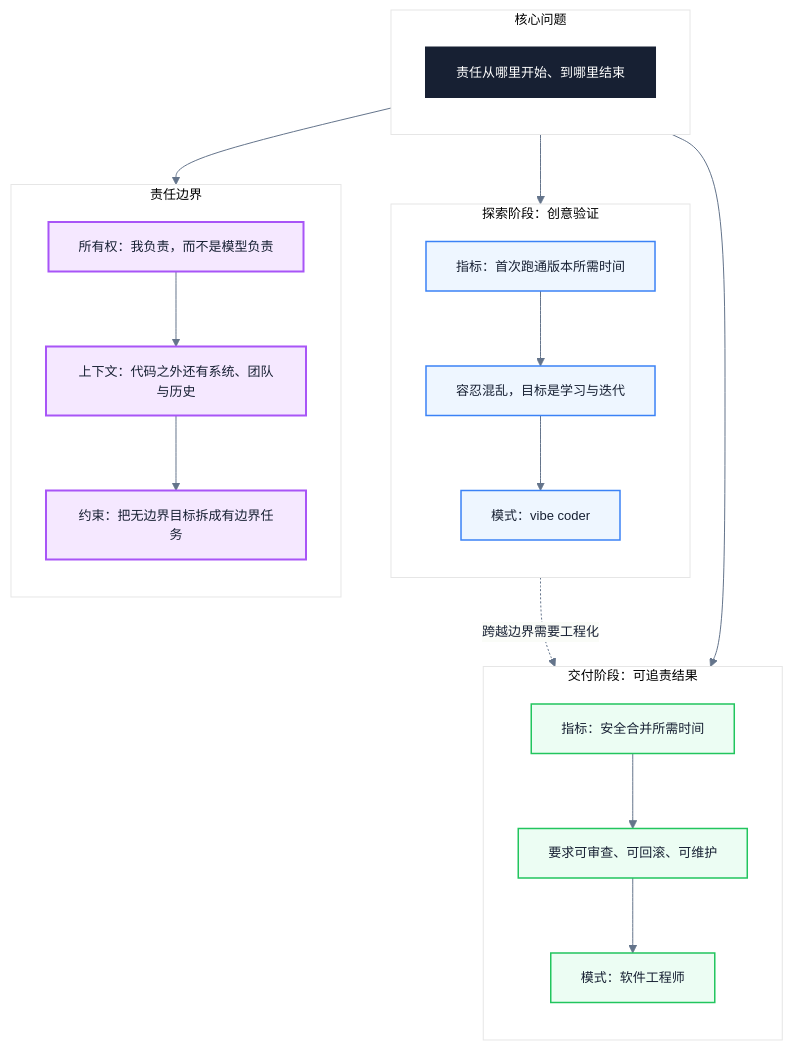
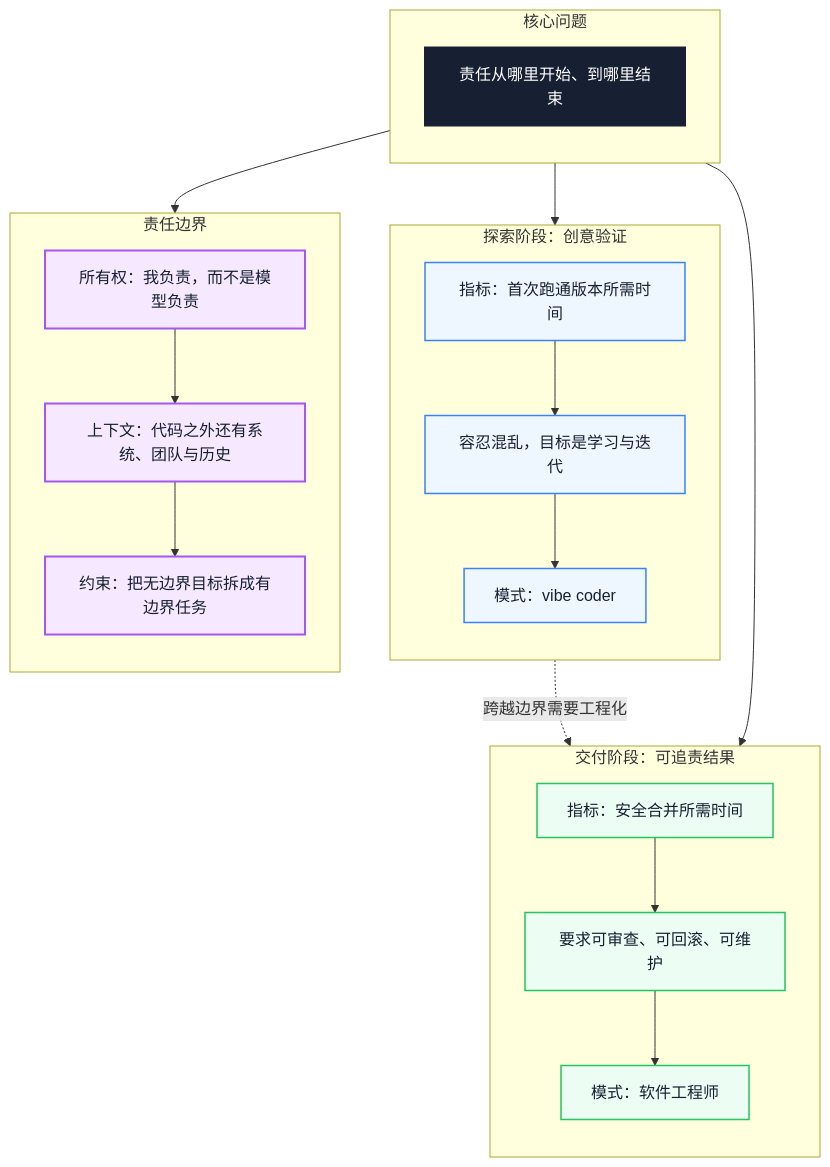
Before and after one commit to Fatejian/frontier-vault: the diagram in docs/career/vibe-coder-vs-software-engineer.md, drawn with Mermaid. The commit also changed other lines of this file and 41 other files, not shown here.

````diff
--- a/docs/career/vibe-coder-vs-software-engineer.md
+++ b/docs/career/vibe-coder-vs-software-engineer.md
@@ -180,48 +140,47 @@
 ```mermaid
-%%{init: {'theme': 'base', 'themeVariables': { 'fontFamily': 'Inter, PingFang SC, Microsoft YaHei, sans-serif', 'primaryColor': '#F8FAFC', 'primaryTextColor': '#172033', 'primaryBorderColor': '#CBD5E1', 'lineColor': '#64748B', 'fontSize': '13px'}}}%%
 flowchart TB
     subgraph CORE["核心问题"]
         direction TB
         C["责任从哪里开始、到哪里结束"]
     end
 
     subgraph EXPLORE["探索阶段：创意验证"]
         direction TB
         E1["指标：首次跑通版本所需时间"]
         E2["容忍混乱，目标是学习与迭代"]
         E3["模式：vibe coder"]
     end
 
     subgraph DELIVER["交付阶段：可追责结果"]
         direction TB
         D1["指标：安全合并所需时间"]
         D2["要求可审查、可回滚、可维护"]
         D3["模式：软件工程师"]
     end
 
     subgraph BOUNDARY["责任边界"]
         direction TB
         B1["所有权：我负责，而不是模型负责"]
         B2["上下文：代码之外还有系统、团队与历史"]
         B3["约束：把无边界目标拆成有边界任务"]
     end
 
     C --> E1
     C --> D1
     C --> B1
     E1 --> E2 --> E3
     D1 --> D2 --> D3
     B1 --> B2 --> B3
     E3 -.->|"跨越边界需要工程化"| D3
 
     classDef core fill:#172033,color:#fff,stroke:#172033,stroke-width:2px
     classDef wait fill:#EEF6FF,stroke:#3B82F6,color:#172033,stroke-width:1.5px
     classDef block fill:#FFF7E6,stroke:#F59E0B,color:#172033,stroke-width:1.5px
     classDef work fill:#ECFDF3,stroke:#22C55E,color:#172033,stroke-width:1.5px
     classDef metric fill:#F5E8FF,stroke:#A855F7,color:#172033,stroke-width:2px
 
     class C core
     class E1,E2,E3 wait
     class D1,D2,D3 work
     class B1,B2,B3 metric
 ```
````
